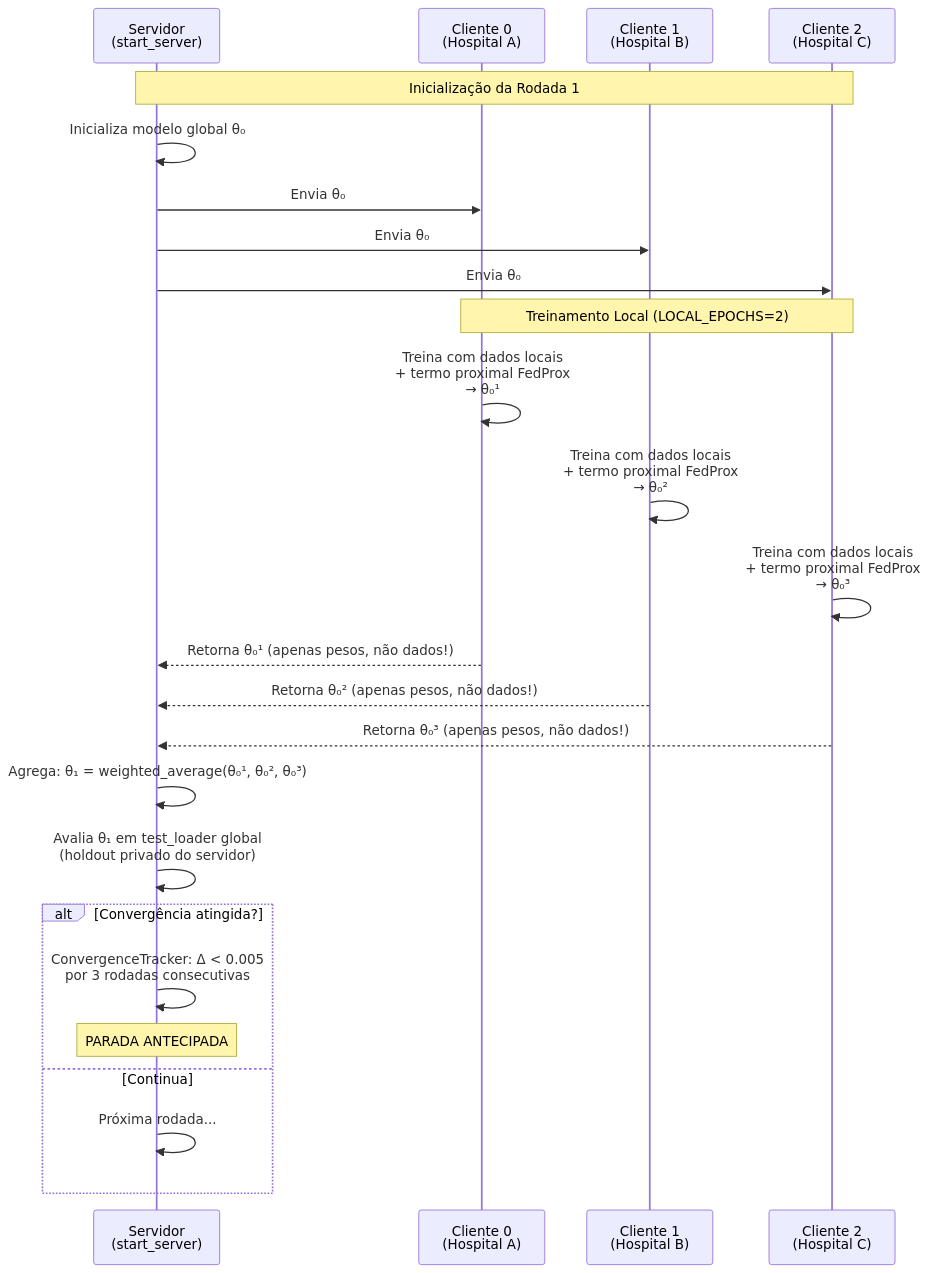
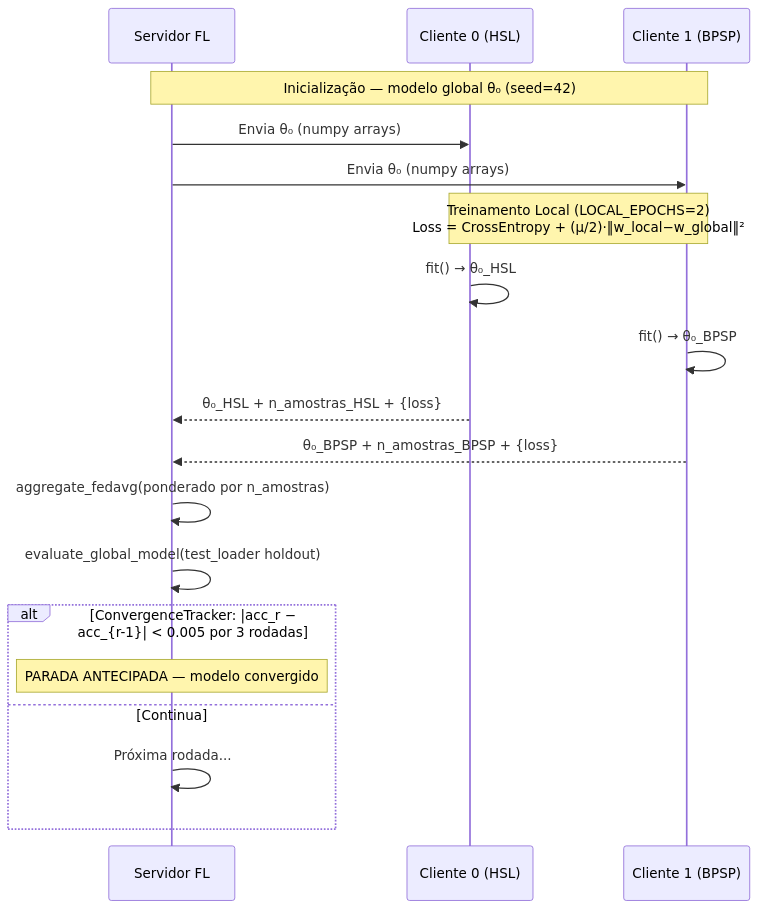
The second of 4 diagrams in README_v2.md (JacAbreu/mosaic-fl), drawn with Mermaid before and after one commit. The commit also changed other lines of this file and 24 other files, not shown here.

````diff
--- a/README_v2.md
+++ b/README_v2.md
@@ -160,32 +159,26 @@
 ```mermaid
 sequenceDiagram
-    participant S as Servidor<br/>(start_server)
-    participant C1 as Cliente 0<br/>(Hospital A)
-    participant C2 as Cliente 1<br/>(Hospital B)
-    participant C3 as Cliente 2<br/>(Hospital C)
+    participant S as Servidor FL
+    participant C0 as Cliente 0 (HSL)
+    participant C1 as Cliente 1 (BPSP)
 
-    Note over S,C3: Inicialização da Rodada 1
-    S->>S: Inicializa modelo global θ₀
-    S->>C1: Envia θ₀
-    S->>C2: Envia θ₀
-    S->>C3: Envia θ₀
+    Note over S,C1: Inicialização — modelo global θ₀ (seed=42)
+    S->>C0: Envia θ₀ (numpy arrays)
+    S->>C1: Envia θ₀ (numpy arrays)
 
-    Note over C1,C3: Treinamento Local (LOCAL_EPOCHS=2)
-    C1->>C1: Treina com dados locais<br/>+ termo proximal FedProx<br/>→ θ₀¹
-    C2->>C2: Treina com dados locais<br/>+ termo proximal FedProx<br/>→ θ₀²
-    C3->>C3: Treina com dados locais<br/>+ termo proximal FedProx<br/>→ θ₀³
+    Note over C0,C1: Treinamento Local (LOCAL_EPOCHS=2)<br/>Loss = CrossEntropy + (μ/2)·‖w_local−w_global‖²
+    C0->>C0: fit() → θ₀_HSL
+    C1->>C1: fit() → θ₀_BPSP
 
-    C1-->>S: Retorna θ₀¹ (apenas pesos, não dados!)
-    C2-->>S: Retorna θ₀² (apenas pesos, não dados!)
-    C3-->>S: Retorna θ₀³ (apenas pesos, não dados!)
+    C0-->>S: θ₀_HSL + n_amostras_HSL + {loss}
+    C1-->>S: θ₀_BPSP + n_amostras_BPSP + {loss}
 
-    S->>S: Agrega: θ₁ = weighted_average(θ₀¹, θ₀², θ₀³)
-    S->>S: Avalia θ₁ em test_loader global<br/>(holdout privado do servidor)
+    S->>S: aggregate_fedavg(ponderado por n_amostras)
+    S->>S: evaluate_global_model(test_loader holdout)
 
-    alt Convergência atingida?
-        S->>S: ConvergenceTracker: Δ < 0.005<br/>por 3 rodadas consecutivas
-        Note over S: PARADA ANTECIPADA
+    alt ConvergenceTracker: |acc_r − acc_{r-1}| < 0.005 por 3 rodadas
+        Note over S: PARADA ANTECIPADA — modelo convergido
     else Continua
         S->>S: Próxima rodada...
     end
 ```
````
